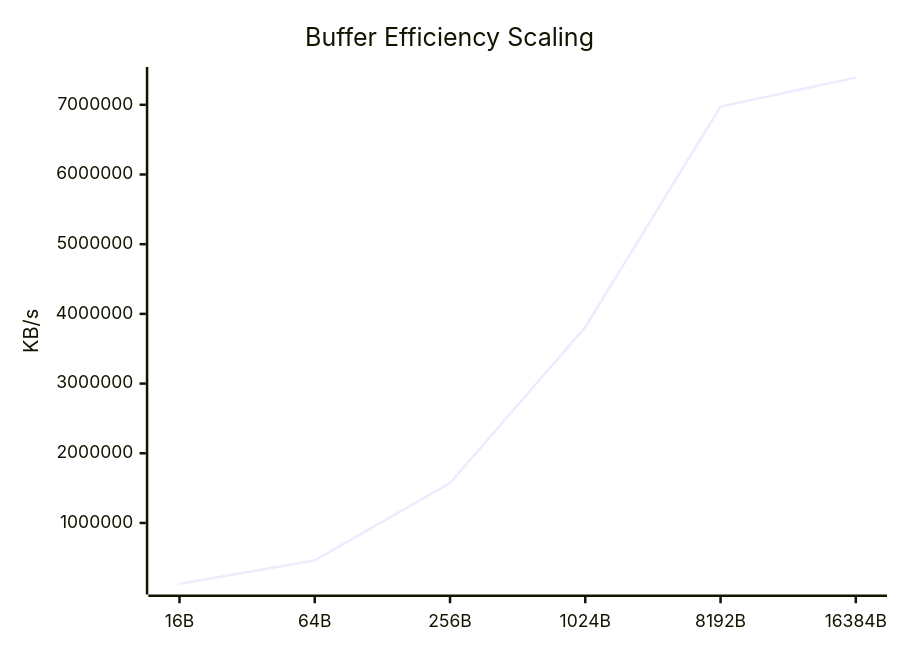
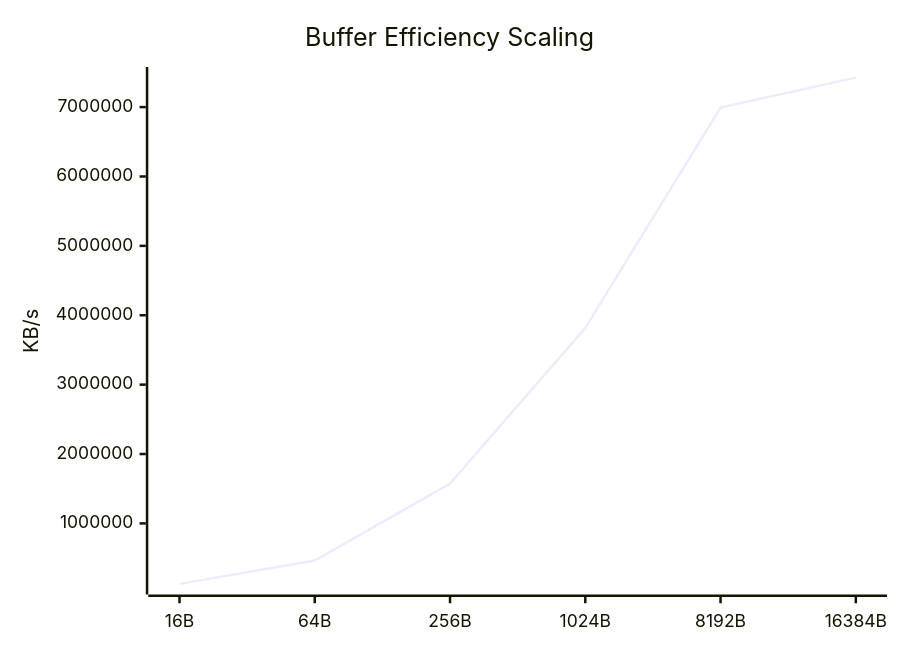
One commit to taha2samy/openssl_fips changed the fifth of 9 diagrams in docs/Comparison_Report.md. Above: the diagram before and after it, drawn with Mermaid. The commit also changed other lines of this file and 2 other files, not shown here.

````diff
--- a/docs/Comparison_Report.md
+++ b/docs/Comparison_Report.md
@@ -94,7 +94,7 @@
 ```mermaid
 xychart-beta
     title "Buffer Efficiency Scaling"
     x-axis [16B, 64B, 256B, 1024B, 8192B, 16384B]
     y-axis "KB/s"
-    line [125917.64, 462727.71, 1572881.02, 3809427.46, 6975729.66, 7389978.62]
+    line [128469.3, 463985.7, 1574221.57, 3817117.7, 6993510.4, 7424761.86]
 ```
````
